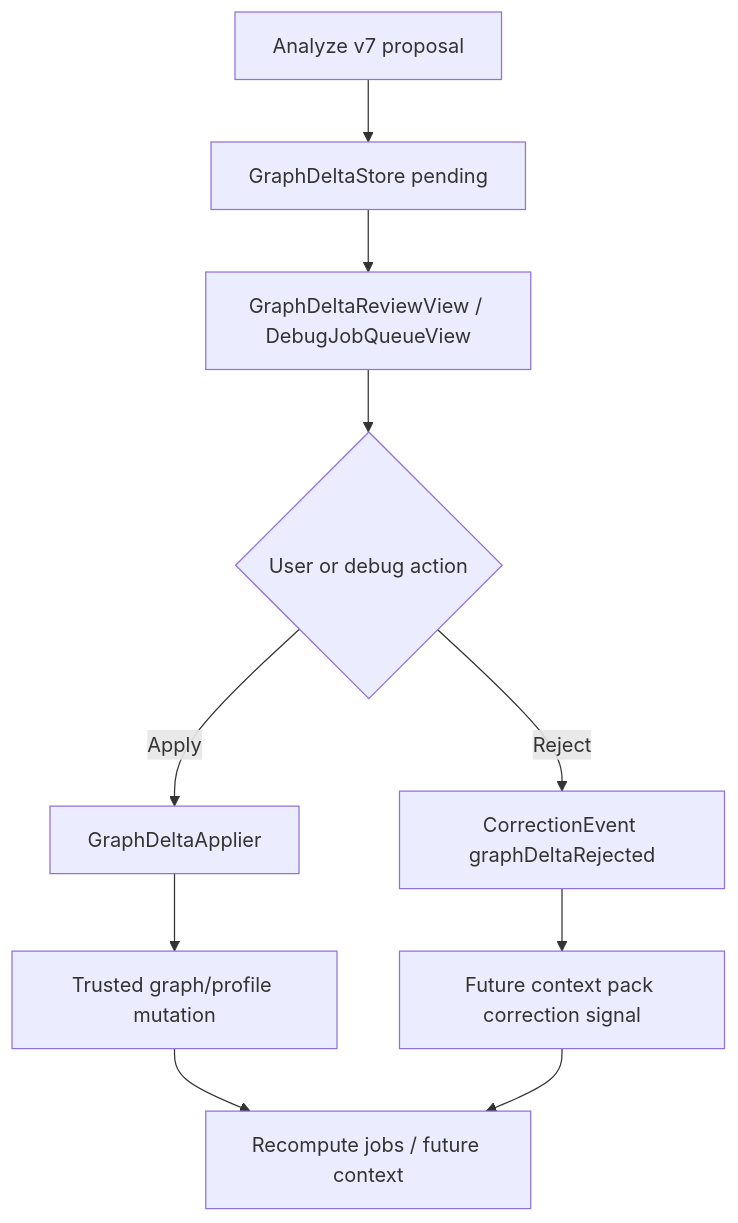
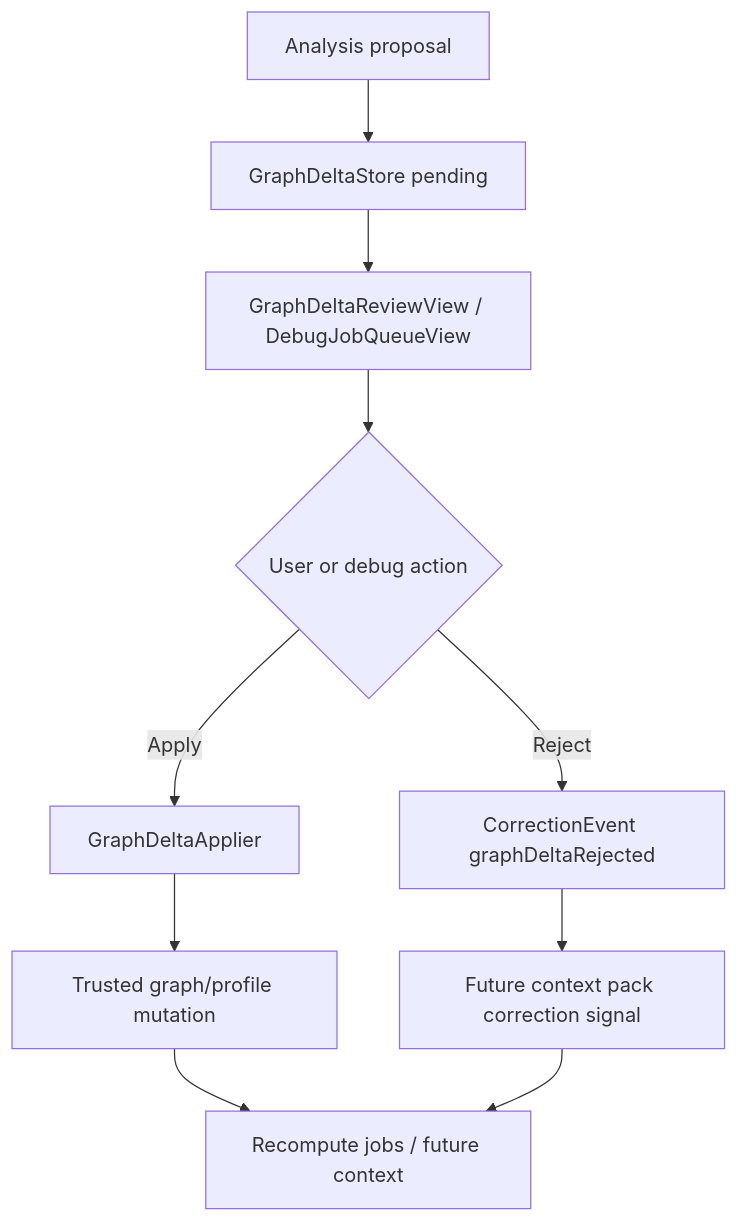
One commit to daaihang/sprout changed the seventh of 8 diagrams in docs/mory_architecture_handbook_2026_05/01_system_overview_and_runtime_flows.md. Above: the diagram before and after it, drawn with Mermaid. The commit also changed other lines of this file and 61 other files, not shown here.

````diff
--- a/docs/mory_architecture_handbook_2026_05/01_system_overview_and_runtime_flows.md
+++ b/docs/mory_architecture_handbook_2026_05/01_system_overview_and_runtime_flows.md
@@ -227,12 +227,12 @@
 ```mermaid
 flowchart TD
-    A["Analyze v7 proposal"] --> B["GraphDeltaStore pending"]
+    A["Analysis proposal"] --> B["GraphDeltaStore pending"]
     B --> C["GraphDeltaReviewView / DebugJobQueueView"]
     C --> D{"User or debug action"}
     D -->|"Apply"| E["GraphDeltaApplier"]
     D -->|"Reject"| F["CorrectionEvent graphDeltaRejected"]
     E --> G["Trusted graph/profile mutation"]
     F --> H["Future context pack correction signal"]
     G --> I["Recompute jobs / future context"]
     H --> I
 ```
````
